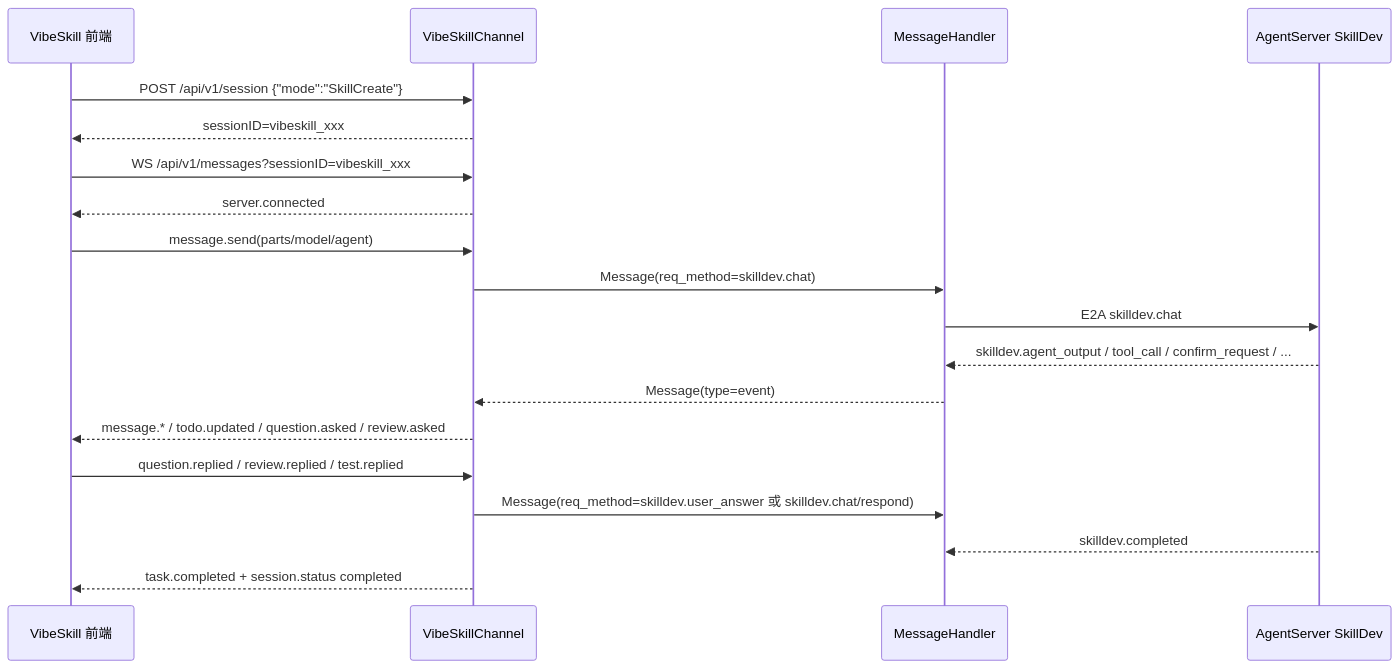
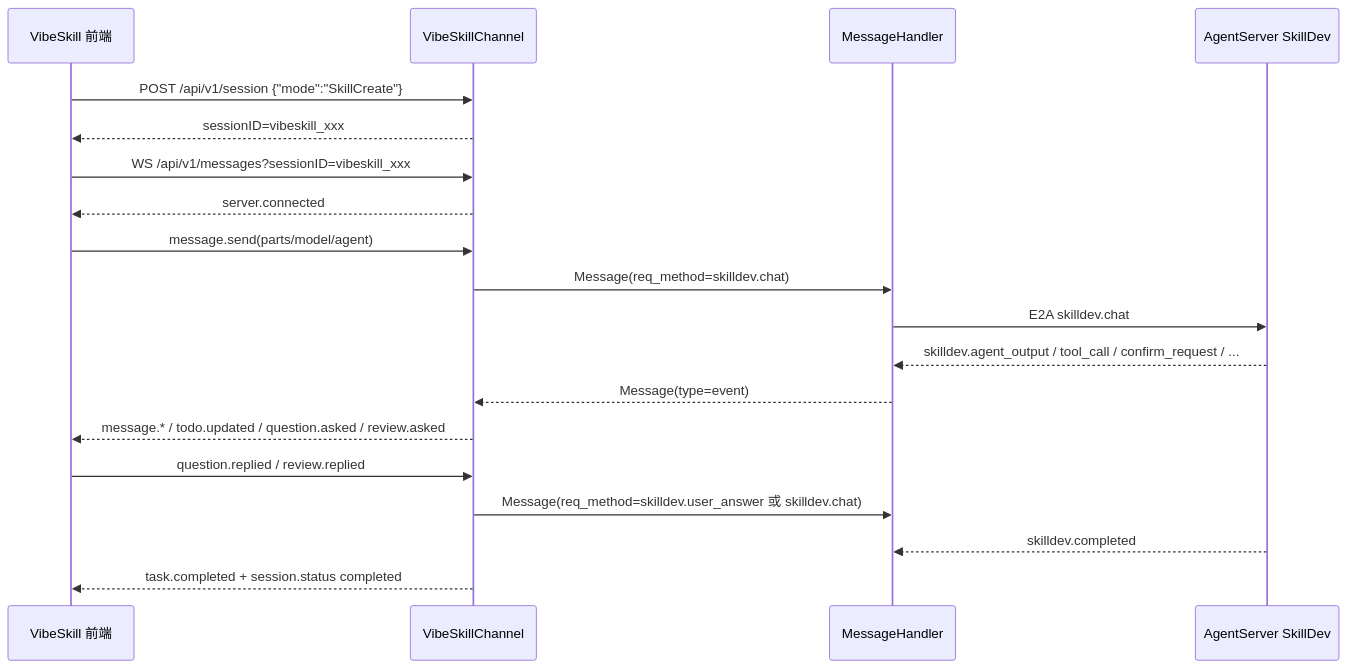
One commit to openJiuwen-ai/jiuwenclaw changed the third of 5 diagrams in docs/zh/VibeSkillChannel架构与接口.md. Above: the diagram before and after it, drawn with Mermaid. The commit also changed other lines of this file and 3 other files, not shown here.

````diff
--- a/docs/zh/VibeSkillChannel架构与接口.md
+++ b/docs/zh/VibeSkillChannel架构与接口.md
@@ -534,22 +531,22 @@
 ```mermaid
 sequenceDiagram
     participant FE as VibeSkill 前端
     participant VC as VibeSkillChannel
     participant MH as MessageHandler
     participant AS as AgentServer SkillDev
 
     FE->>VC: POST /api/v1/session {"mode":"SkillCreate"}
     VC-->>FE: sessionID=vibeskill_xxx
     FE->>VC: WS /api/v1/messages?sessionID=vibeskill_xxx
     VC-->>FE: server.connected
     FE->>VC: message.send(parts/model/agent)
     VC->>MH: Message(req_method=skilldev.chat)
     MH->>AS: E2A skilldev.chat
     AS-->>MH: skilldev.agent_output / tool_call / confirm_request / ...
     MH-->>VC: Message(type=event)
     VC-->>FE: message.* / todo.updated / question.asked / review.asked
-    FE->>VC: question.replied / review.replied / test.replied
-    VC->>MH: Message(req_method=skilldev.user_answer 或 skilldev.chat/respond)
+    FE->>VC: question.replied / review.replied
+    VC->>MH: Message(req_method=skilldev.user_answer 或 skilldev.chat)
     AS-->>MH: skilldev.completed
     VC-->>FE: task.completed + session.status completed
 ```
````
